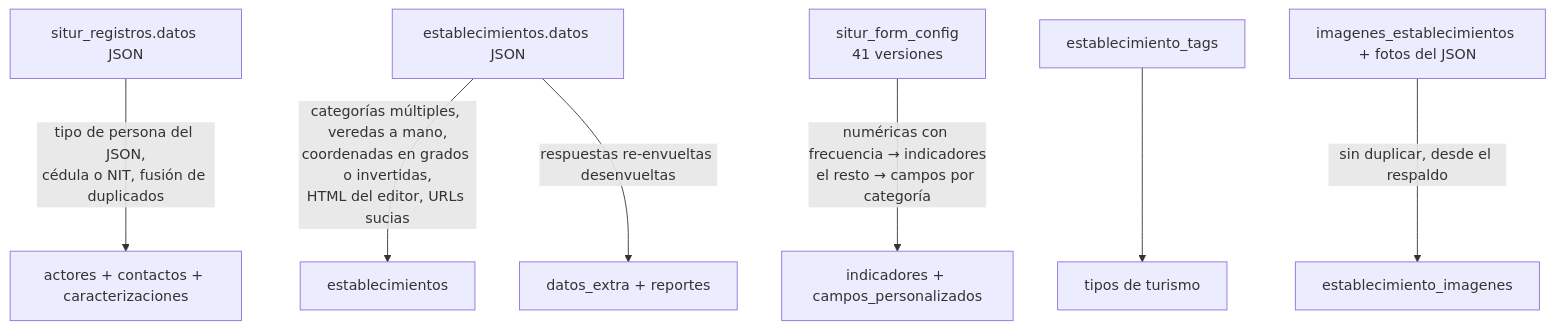
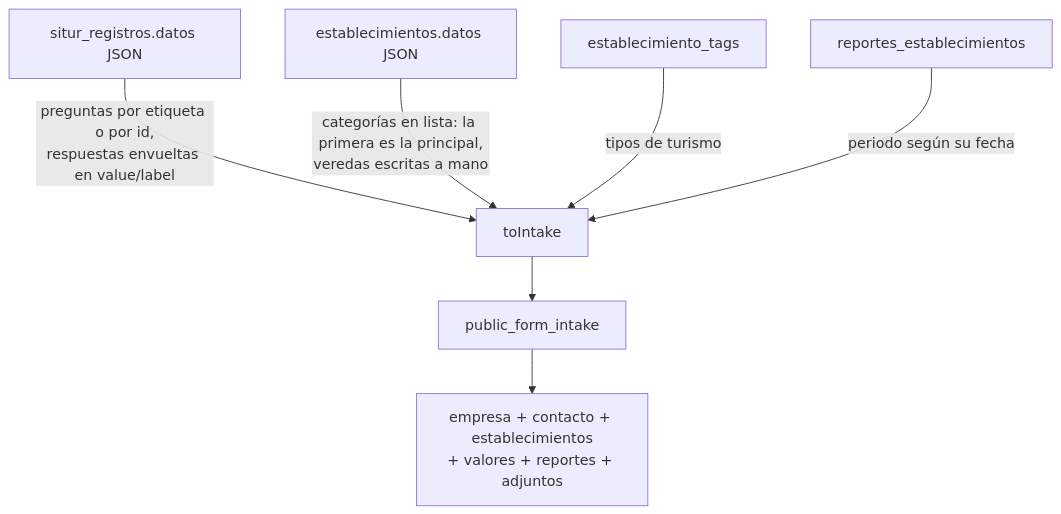
Before and after one commit to Dreinova/situr-docs: the diagram in docs/tecnico/migracion.md, drawn with Mermaid. The commit also changed other lines of this file and 25 other files, not shown here.

````diff
--- a/docs/tecnico/migracion.md
+++ b/docs/tecnico/migracion.md
@@ -47,9 +54,9 @@
 ```mermaid
 flowchart TD
-    A[situr_registros.datos JSON] -->|tipo de persona del JSON,<br/>cédula o NIT, fusión de duplicados| B[actores + contactos + caracterizaciones]
-    C[establecimientos.datos JSON] -->|categorías múltiples, veredas a mano,<br/>coordenadas en grados o invertidas,<br/>HTML del editor, URLs sucias| D[establecimientos]
-    E[situr_form_config<br/>41 versiones] -->|numéricas con frecuencia → indicadores<br/>el resto → campos por categoría| F[indicadores + campos_personalizados]
-    C -->|respuestas re-envueltas desenvueltas| G[datos_extra + reportes]
-    H[establecimiento_tags] --> I[tipos de turismo]
-    J[imagenes_establecimientos + fotos del JSON] -->|sin duplicar, desde el respaldo| K[establecimiento_imagenes]
+    A[situr_registros.datos JSON] -->|preguntas por etiqueta o por id,<br/>respuestas envueltas en value/label| T[toIntake]
+    C[establecimientos.datos JSON] -->|categorías en lista: la primera es la principal,<br/>veredas escritas a mano| T
+    H[establecimiento_tags] -->|tipos de turismo| T
+    R[reportes_establecimientos] -->|periodo según su fecha| T
+    T --> I[public_form_intake]
+    I --> E[empresa + contacto + establecimientos<br/>+ valores + reportes + adjuntos]
 ```
````
